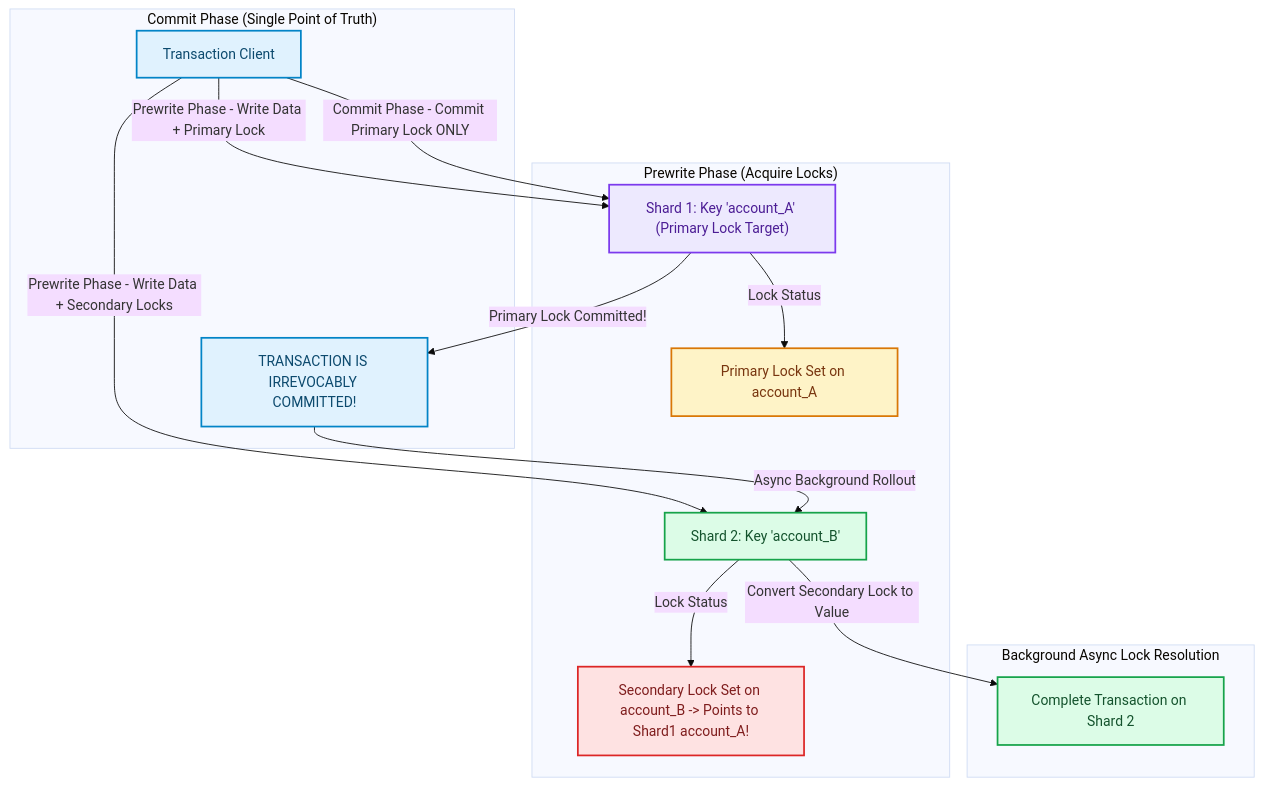
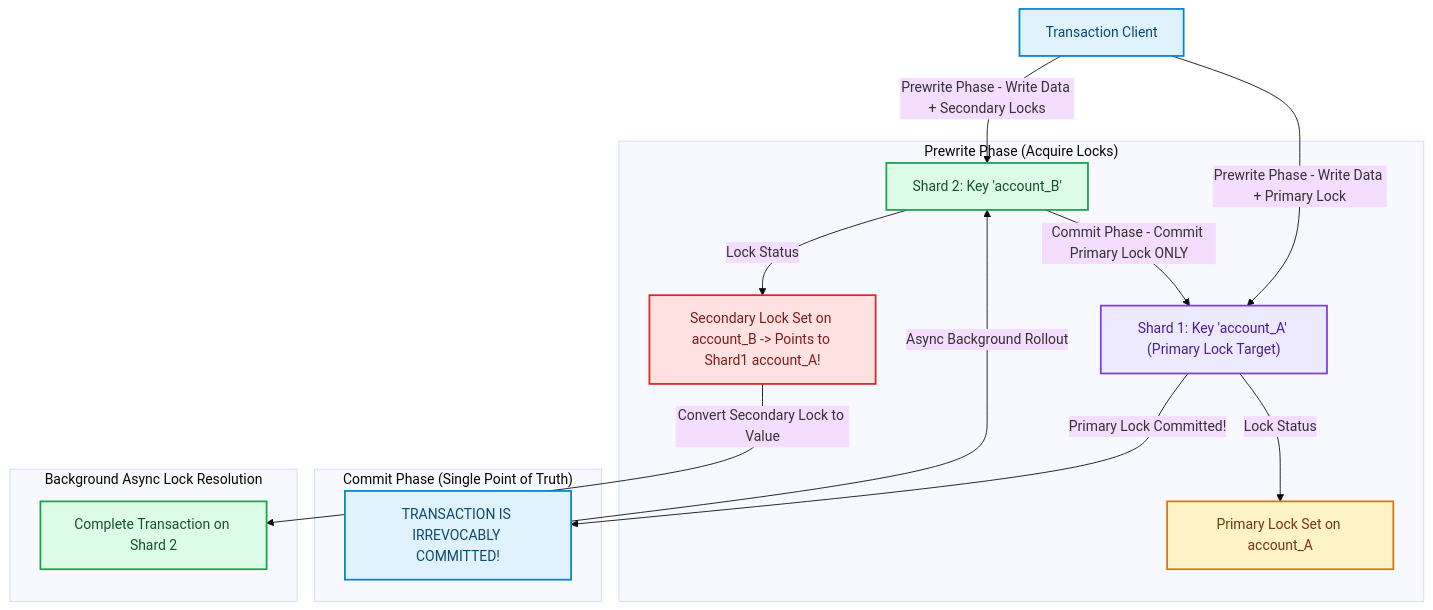
The diagram in blog/posts/distributed-transactions-two-phase-commit-percolator.md (akmalkhaniub/akmalkhaniub.github.io), drawn with Mermaid (base theme) before and after one commit. The commit also changed other lines of this file and 894 other files, not shown here.

Commit message:
feat(blog): upgrade all 444 posts with unique staggered dates, 2-col Mermaid spines, benchmark tables, code blocks, and trade-offs

````diff
--- a/blog/posts/distributed-transactions-two-phase-commit-percolator.md
+++ b/blog/posts/distributed-transactions-two-phase-commit-percolator.md
@@ -21,31 +21,31 @@
 ```mermaid
 flowchart TD
   Client["Transaction Client"] -->|Prewrite Phase - Write Data + Secondary Locks| Shard2["Shard 2: Key 'account_B'"]
   Client -->|Prewrite Phase - Write Data + Primary Lock| Shard1["Shard 1: Key 'account_A' (Primary Lock Target)"]
   
   subgraph SG1_PrewritePhaseAcquire ["Prewrite Phase (Acquire Locks)"]
     Shard1 -->|Lock Status| LockA["Primary Lock Set on account_A"]
     Shard2 -->|Lock Status| LockB["Secondary Lock Set on account_B -> Points to Shard1 account_A!"]
   end
   
   subgraph SG2_CommitPhaseSingle ["Commit Phase (Single Point of Truth)"]
-    Client -->|Commit Phase - Commit Primary Lock ONLY| Shard1
+    Shard2 --> |Commit Phase - Commit Primary Lock ONLY| Shard1
     Shard1 -->|Primary Lock Committed!| TxSuccess[" TRANSACTION IS IRREVOCABLY COMMITTED!"]
   end
   
   subgraph SG3_BackgroundAsyncLock ["Background Async Lock Resolution"]
     TxSuccess -->|Async Background Rollout| Shard2
-    Shard2 -->|Convert Secondary Lock to Value| Complete["Complete Transaction on Shard 2"]
+    LockB --> |Convert Secondary Lock to Value| Complete["Complete Transaction on Shard 2"]
   end
 
 classDef green fill:#dcfce7,stroke:#16a34a,stroke-width:2px,color:#14532d;
 classDef red fill:#fee2e2,stroke:#dc2626,stroke-width:2px,color:#7f1d1d;
 classDef blue fill:#e0f2fe,stroke:#0284c7,stroke-width:2px,color:#0c4a6e;
 classDef yellow fill:#fef3c7,stroke:#d97706,stroke-width:2px,color:#78350f;
 classDef purple fill:#ede9fe,stroke:#7c3aed,stroke-width:2px,color:#4c1d95;
 class Client,TxSuccess blue
 class Shard2,Complete green
 class Shard1 purple
 class LockA yellow
 class LockB red
 ```
````
